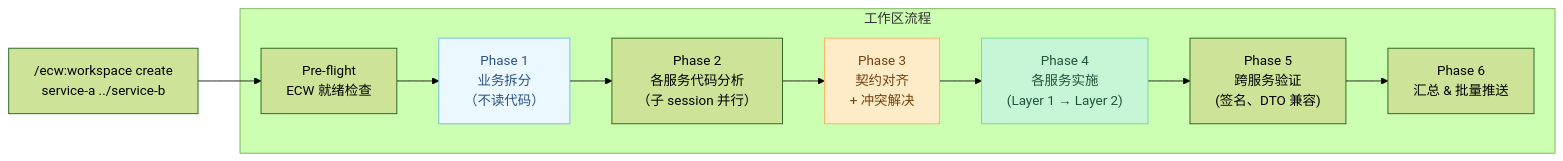
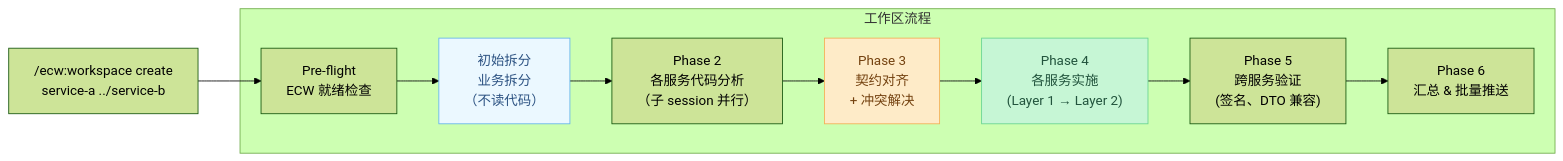
Before and after one commit to Aimeerrhythm/enterprise-change-workflow: the second of 2 diagrams in README.zh-CN.md, drawn with Mermaid (forest theme). The commit also changed other lines of this file and 44 other files, not shown here.

````diff
--- a/README.zh-CN.md
+++ b/README.zh-CN.md
@@ -124,18 +124,18 @@
 ```mermaid
 flowchart LR
     C["/ecw:workspace create\nservice-a ../service-b"] --> PF
 
     subgraph 工作区流程
         PF["Pre-flight\nECW 就绪检查"] --> P1
-        P1["Phase 1\n业务拆分\n（不读代码）"] --> P2
+        P1["初始拆分\n业务拆分\n（不读代码）"] --> P2
         P2["Phase 2\n各服务代码分析\n（子 session 并行）"] --> P3
         P3["Phase 3\n契约对齐\n+ 冲突解决"] --> P4
         P4["Phase 4\n各服务实施\n(Layer 1 → Layer 2)"] --> P5
         P5["Phase 5\n跨服务验证\n(签名、DTO 兼容)"] --> P6
         P6["Phase 6\n汇总 & 批量推送"]
     end
 
     style P1 fill:#EBF8FF,stroke:#63B3ED,color:#2C5282
     style P3 fill:#FEEBC8,stroke:#F6AD55,color:#744210
     style P4 fill:#C6F6D5,stroke:#68D391,color:#22543D
 ```
````
